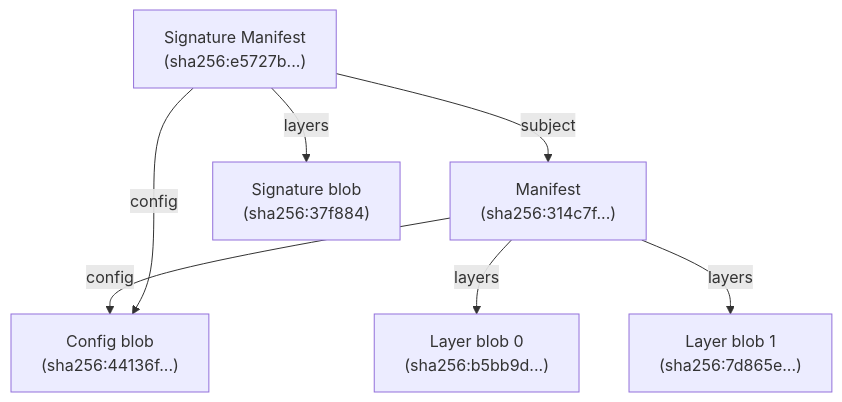
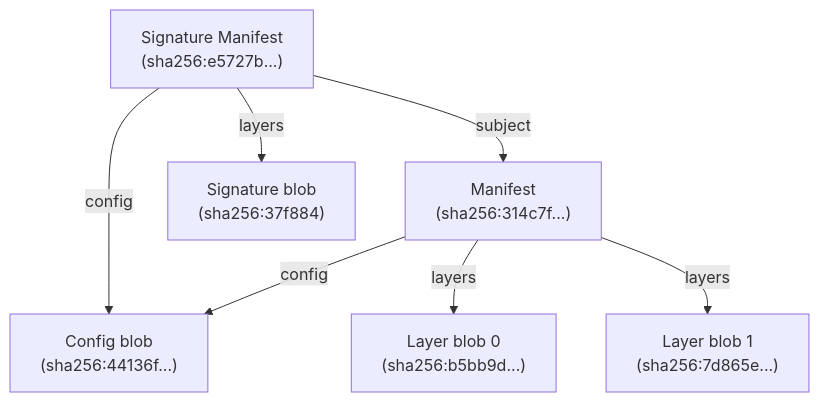
The second of 3 diagrams in docs/Artifacts-Model.md (oras-project/oras-go), drawn with Mermaid before and after one commit. The commit also changed other lines of this file, not shown here.

````diff
--- a/docs/Artifacts-Model.md
+++ b/docs/Artifacts-Model.md
@@ -98,11 +98,13 @@
 ```mermaid
 graph TD;
+
+SignatureManifest["Signature Manifest<br>(sha256:e5727b...)"]--subject-->Manifest
+SignatureManifest--config-->Config
+SignatureManifest--layers-->SignatureBlob["Signature blob<br>(sha256:37f884)"]
 
 Manifest["Manifest<br>(sha256:314c7f...)"]--config-->Config["Config blob<br>(sha256:44136f...)"]
 Manifest--layers-->Layer0["Layer blob 0<br>(sha256:b5bb9d...)"]
 Manifest--layers-->Layer1["Layer blob 1<br>(sha256:7d865e...)"]
-SignatureManifest["Signature Manifest<br>(sha256:e5727b...)"]--subject-->Manifest
-SignatureManifest--config-->Config
-SignatureManifest--layers-->SignatureBlob["Signature blob<br>(sha256:37f884)"]
+
 
 ```
````
